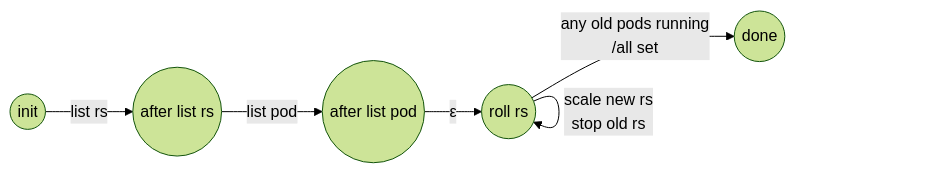
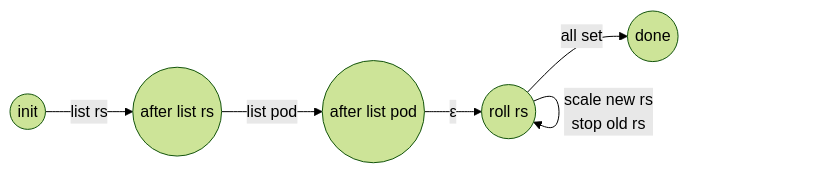
One commit to anvil-verifier/anvil changed the second of 2 diagrams in discussion/kubernetes-model/deployment_controller.md. Above: the diagram before and after it, drawn with Mermaid (forest theme). The commit also changed other lines of this file, not shown here.

````diff
--- a/discussion/kubernetes-model/deployment_controller.md
+++ b/discussion/kubernetes-model/deployment_controller.md
@@ -48,8 +52,8 @@
 ```mermaid
 graph LR
 	1((init))-->|list rs|2((after list rs))
 	2-->|list pod|3((after list pod))
 	3-->|ε|4((roll rs))
 	4-->|scale new rs<br>stop old rs|4
-	4-->|any old pods running<br>/all set|5((done))
+	4-->|all set|5((done))
 ```
````
